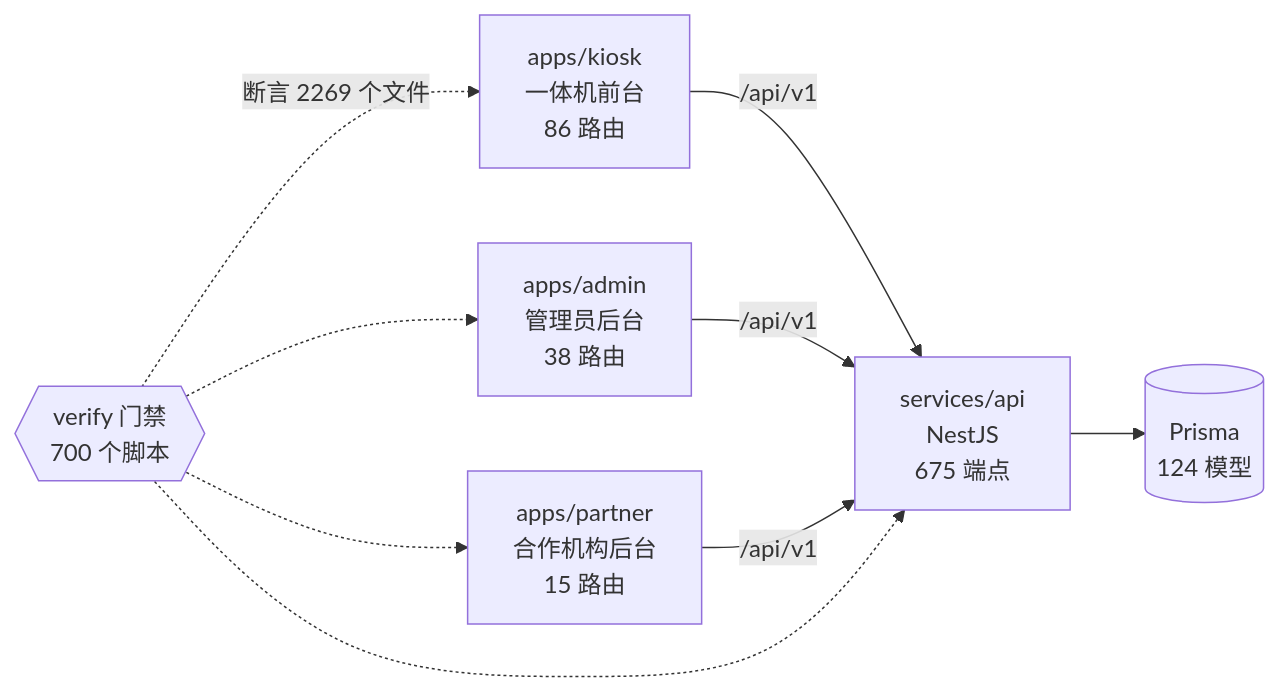
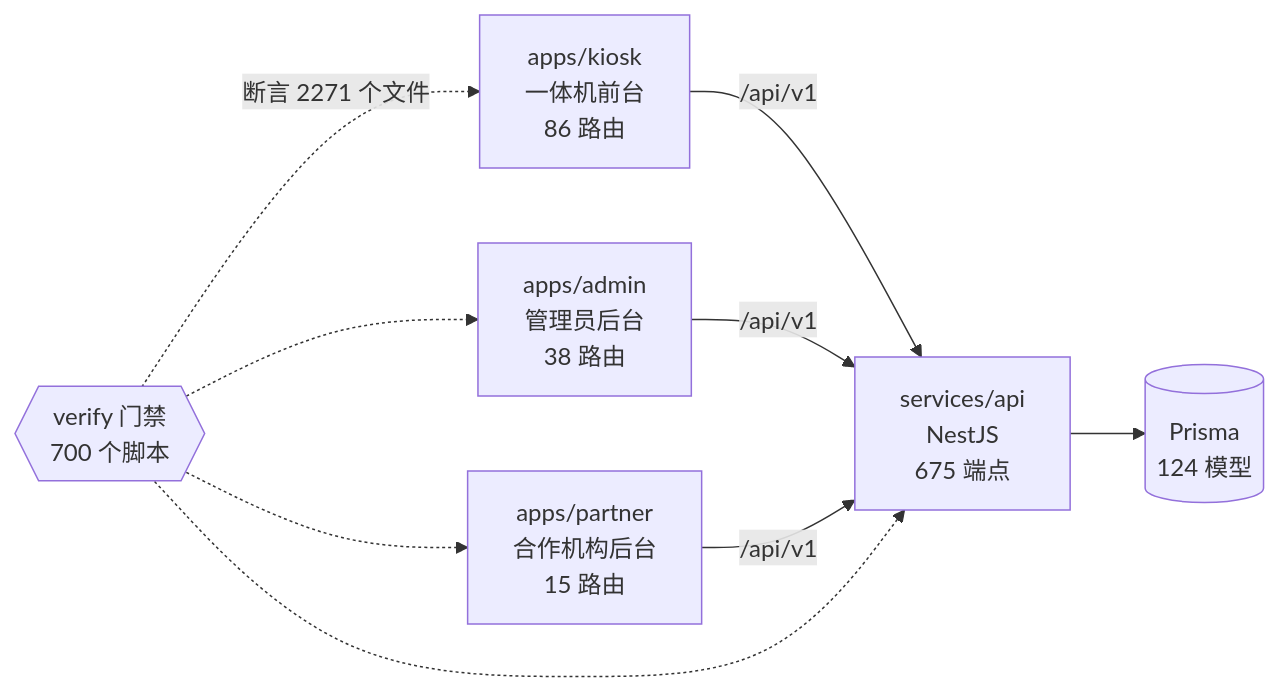
One commit to wanglei581/YITIJI changed the diagram in docs/graph/README.md. Above: the diagram before and after it, drawn with Mermaid. The commit also changed other lines of this file and 2 other files, not shown here.

Commit message:
合并车 E：车尾图谱重生（P1g+P1h、S15c 并入后统一生成，--check 通过）

````diff
--- a/docs/graph/README.md
+++ b/docs/graph/README.md
@@ -68,18 +68,18 @@
 ```mermaid
 flowchart LR
   kiosk["apps/kiosk<br/>一体机前台<br/>86 路由"]
   admin["apps/admin<br/>管理员后台<br/>38 路由"]
   partner["apps/partner<br/>合作机构后台<br/>15 路由"]
   api["services/api<br/>NestJS<br/>675 端点"]
   db[("Prisma<br/>124 模型")]
   gates{{"verify 门禁<br/>700 个脚本"}}
 
   kiosk -->|"/api/v1"| api
   admin -->|"/api/v1"| api
   partner -->|"/api/v1"| api
   api --> db
-  gates -.->|"断言 2269 个文件"| kiosk
+  gates -.->|"断言 2271 个文件"| kiosk
   gates -.-> admin
   gates -.-> partner
   gates -.-> api
 ```
````
